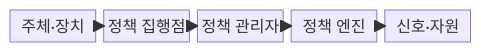
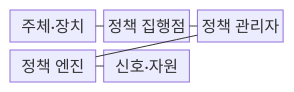
Before and after one commit to agnusdei1207/knowledge-base: the first of 2 diagrams in src/content/docs/notes/08-latest-tech/185_zero_trust_architecture.md, drawn with Mermaid. The commit also changed other lines of this file and 53 other files, not shown here.

````diff
--- a/src/content/docs/notes/08-latest-tech/185_zero_trust_architecture.md
+++ b/src/content/docs/notes/08-latest-tech/185_zero_trust_architecture.md
@@ -51,13 +51,13 @@
 ```mermaid
 block-beta
-  columns 5
+  columns 3
   A["주체·장치"]
   B["정책 집행점"]
   C["정책 관리자"]
   D["정책 엔진"]
   E["신호·자원"]
-  A --> B
-  B --> C
-  C --> D
-  E --> D
+  A --- B
+  B --- C
+  C --- D
+  E --- D
 ```
````
